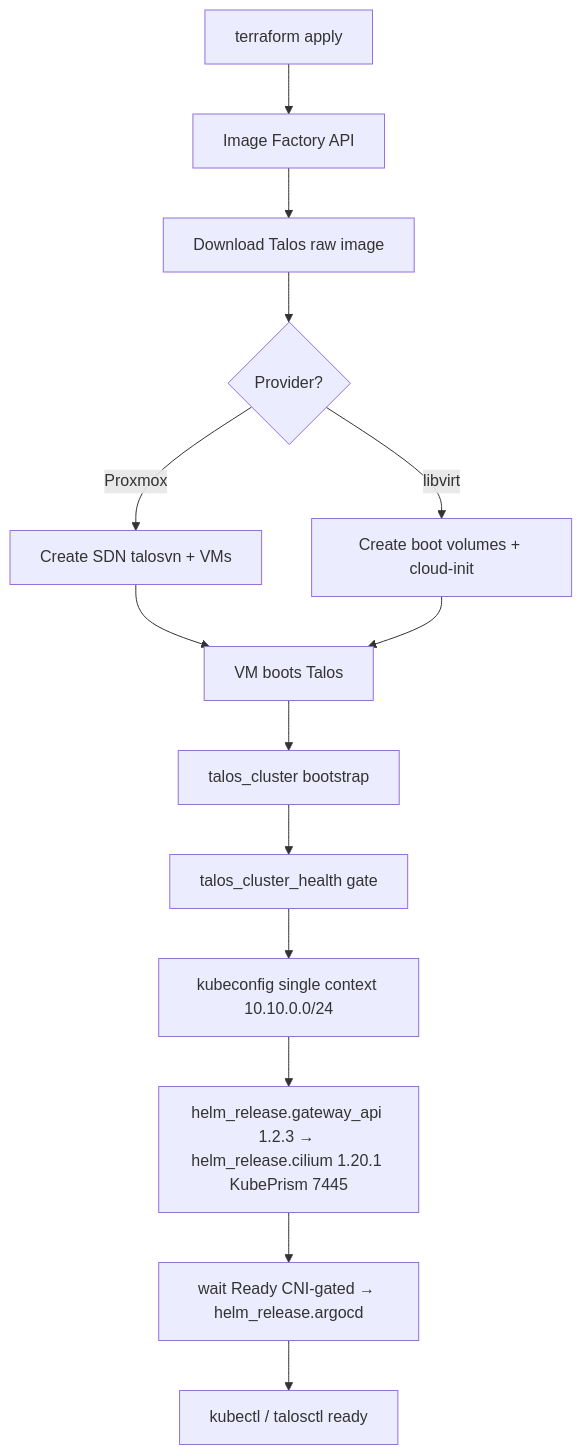
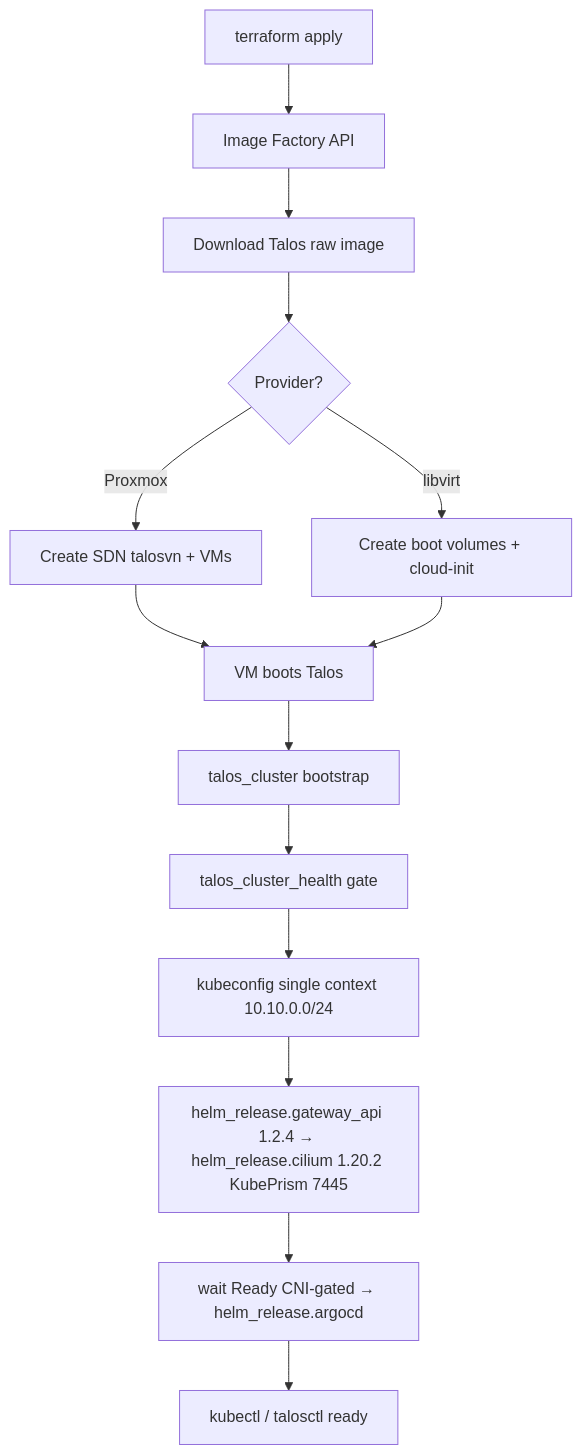
Before and after one commit to Seom88/infra-terraform-talos: the diagram in README.md, drawn with Mermaid. The commit also changed other lines of this file and 10 other files, not shown here.

````diff
--- a/README.md
+++ b/README.md
@@ -73,16 +73,16 @@
 ```mermaid
 flowchart TD
     A[terraform apply] --> B[Image Factory API]
     B --> C[Download Talos raw image]
     C --> D{Provider?}
     D -->|Proxmox| E[Create SDN talosvn + VMs]
     D -->|libvirt| F[Create boot volumes + cloud-init]
     E --> G[VM boots Talos]
     F --> G
     G --> H[talos_cluster bootstrap]
     H --> I[talos_cluster_health gate]
     I --> J[kubeconfig single context 10.10.0.0/24]
-    J --> K[helm_release.gateway_api 1.2.3 → helm_release.cilium 1.20.1 KubePrism 7445]
+    J --> K[helm_release.gateway_api 1.2.4 → helm_release.cilium 1.20.2 KubePrism 7445]
     K --> L[wait Ready CNI-gated → helm_release.argocd]
     L --> M[kubectl / talosctl ready]
 ```
````
